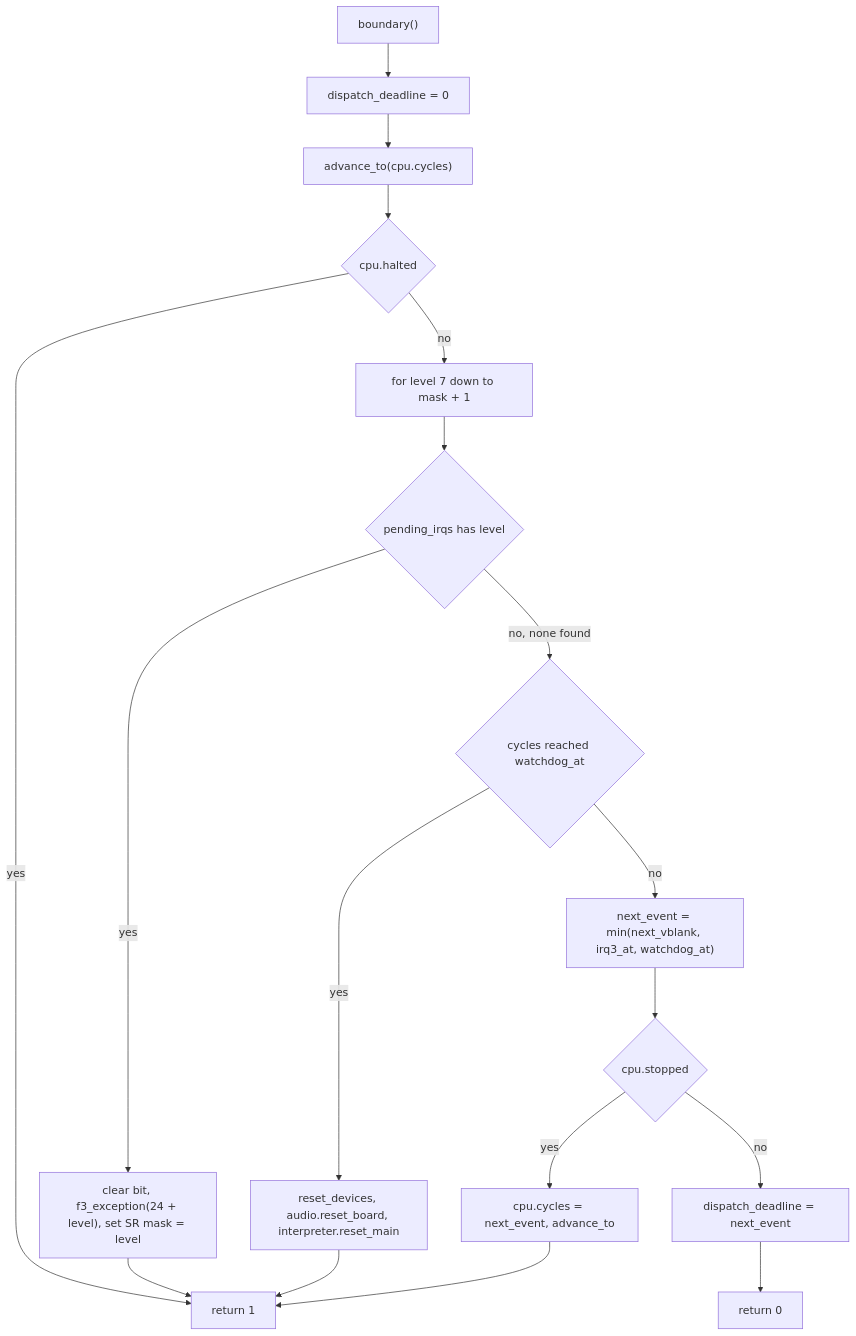
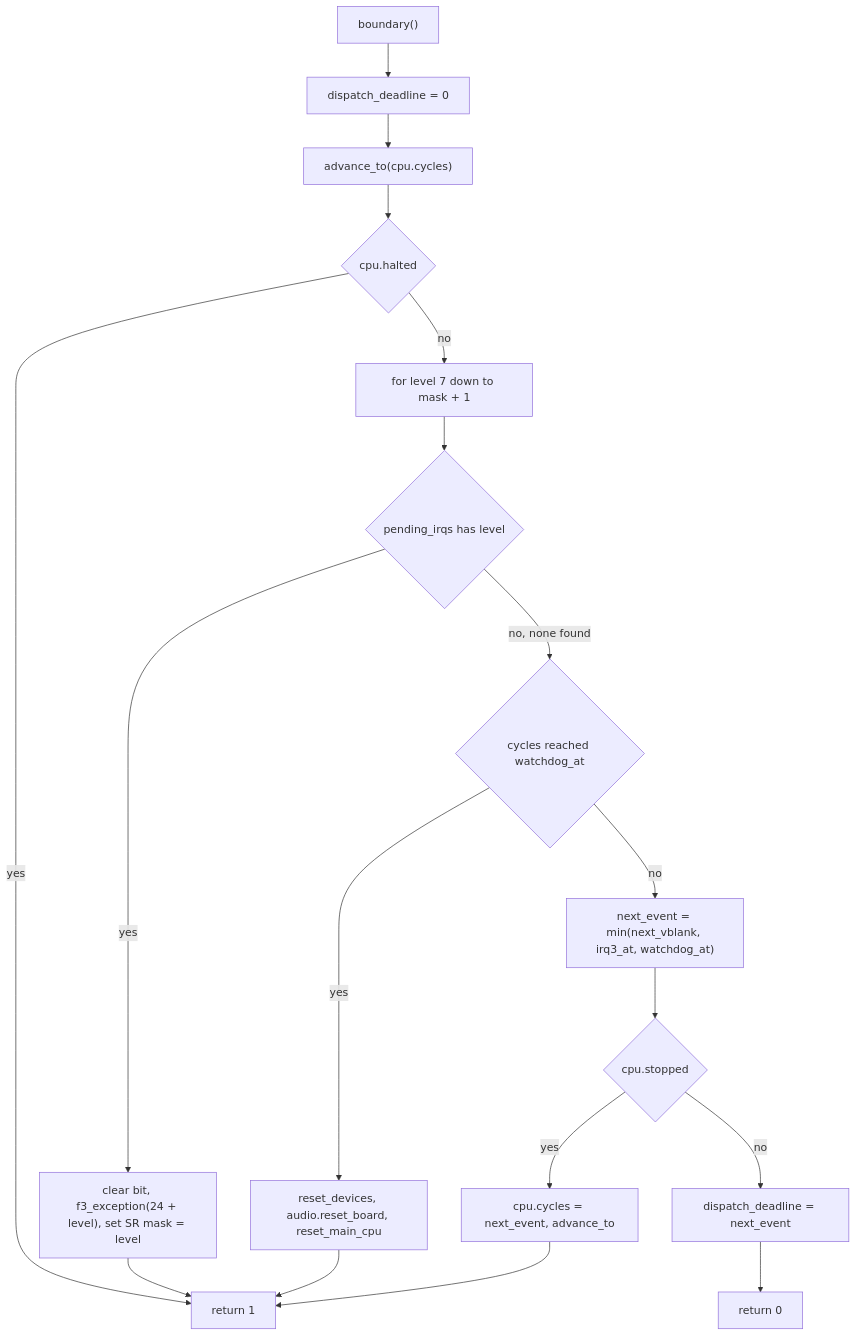
Before and after one commit to ansxor/f3-recomp: the first of 3 diagrams in docs/site/developer/runtime/scheduling.md, drawn with Mermaid. The commit also changed other lines of this file and 319 other files, not shown here.

````diff
--- a/docs/site/developer/runtime/scheduling.md
+++ b/docs/site/developer/runtime/scheduling.md
@@ -98,20 +98,20 @@
 ```mermaid
 flowchart TD
   S["boundary()"] --> Z["dispatch_deadline = 0"]
   Z --> A["advance_to(cpu.cycles)"]
   A --> H{"cpu.halted"}
   H -- yes --> R1["return 1"]
   H -- no --> L["for level 7 down to mask + 1"]
   L --> P{"pending_irqs has level"}
   P -- yes --> T["clear bit, f3_exception(24 + level), set SR mask = level"]
   T --> R1
   P -- no, none found --> W{"cycles reached watchdog_at"}
-  W -- yes --> WR["reset_devices, audio.reset_board, interpreter.reset_main"]
+  W -- yes --> WR["reset_devices, audio.reset_board, reset_main_cpu"]
   WR --> R1
   W -- no --> N["next_event = min(next_vblank, irq3_at, watchdog_at)"]
   N --> ST{"cpu.stopped"}
   ST -- yes --> J["cpu.cycles = next_event, advance_to"]
   J --> R1
   ST -- no --> D["dispatch_deadline = next_event"]
   D --> R0["return 0"]
 ```
````
